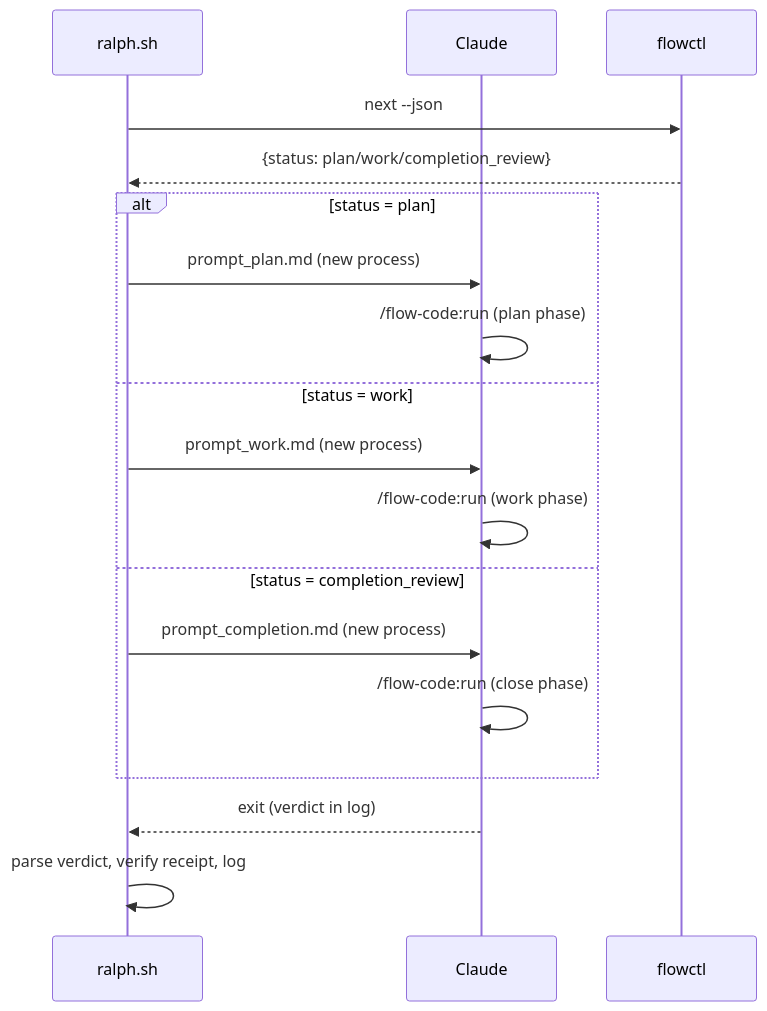
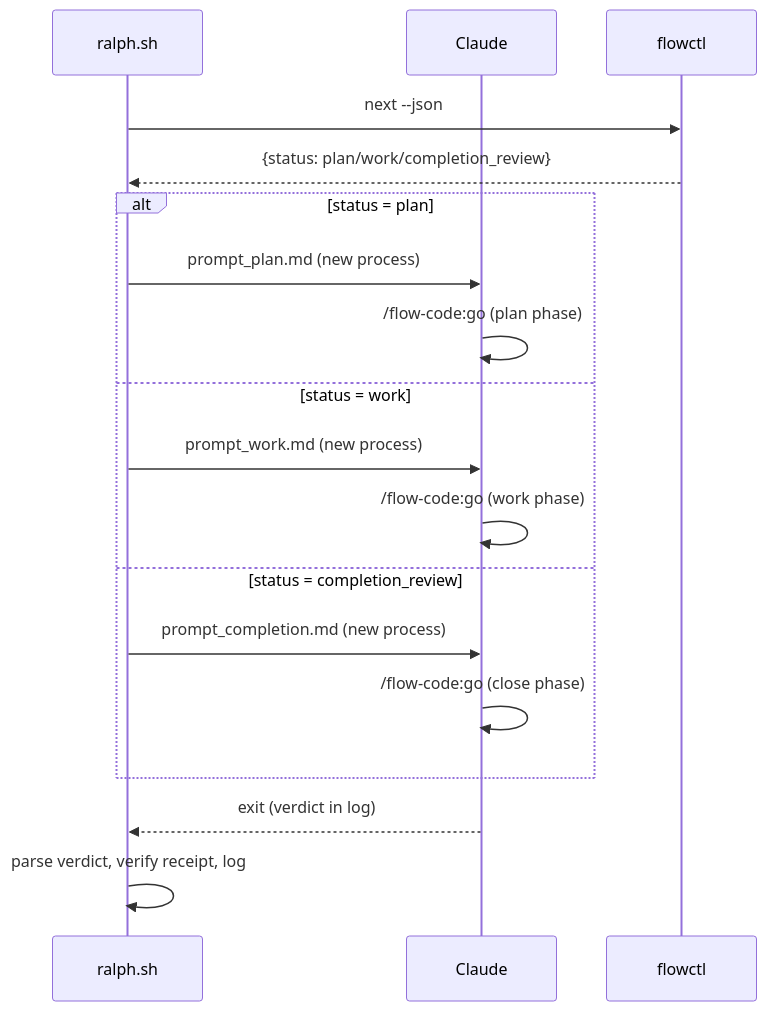
The third of 4 diagrams in docs/CODEBASE_MAP.md (z23cc/flow-code), drawn with Mermaid before and after one commit. The commit also changed other lines of this file and 15 other files, not shown here.

First line of the commit message:
feat(pipeline): add Brainstorm phase and /flow-code:go entry point (v0.1.33)

````diff
--- a/docs/CODEBASE_MAP.md
+++ b/docs/CODEBASE_MAP.md
@@ -264,23 +264,23 @@
 ```mermaid
 sequenceDiagram
     participant ralph.sh
     participant Claude
     participant flowctl
 
     ralph.sh->>flowctl: next --json
     flowctl-->>ralph.sh: {status: plan/work/completion_review}
 
     alt status = plan
         ralph.sh->>Claude: prompt_plan.md (new process)
-        Claude->>Claude: /flow-code:run (plan phase)
+        Claude->>Claude: /flow-code:go (plan phase)
     else status = work
         ralph.sh->>Claude: prompt_work.md (new process)
-        Claude->>Claude: /flow-code:run (work phase)
+        Claude->>Claude: /flow-code:go (work phase)
     else status = completion_review
         ralph.sh->>Claude: prompt_completion.md (new process)
-        Claude->>Claude: /flow-code:run (close phase)
+        Claude->>Claude: /flow-code:go (close phase)
     end
 
     Claude-->>ralph.sh: exit (verdict in log)
     ralph.sh->>ralph.sh: parse verdict, verify receipt, log
 ```
````
